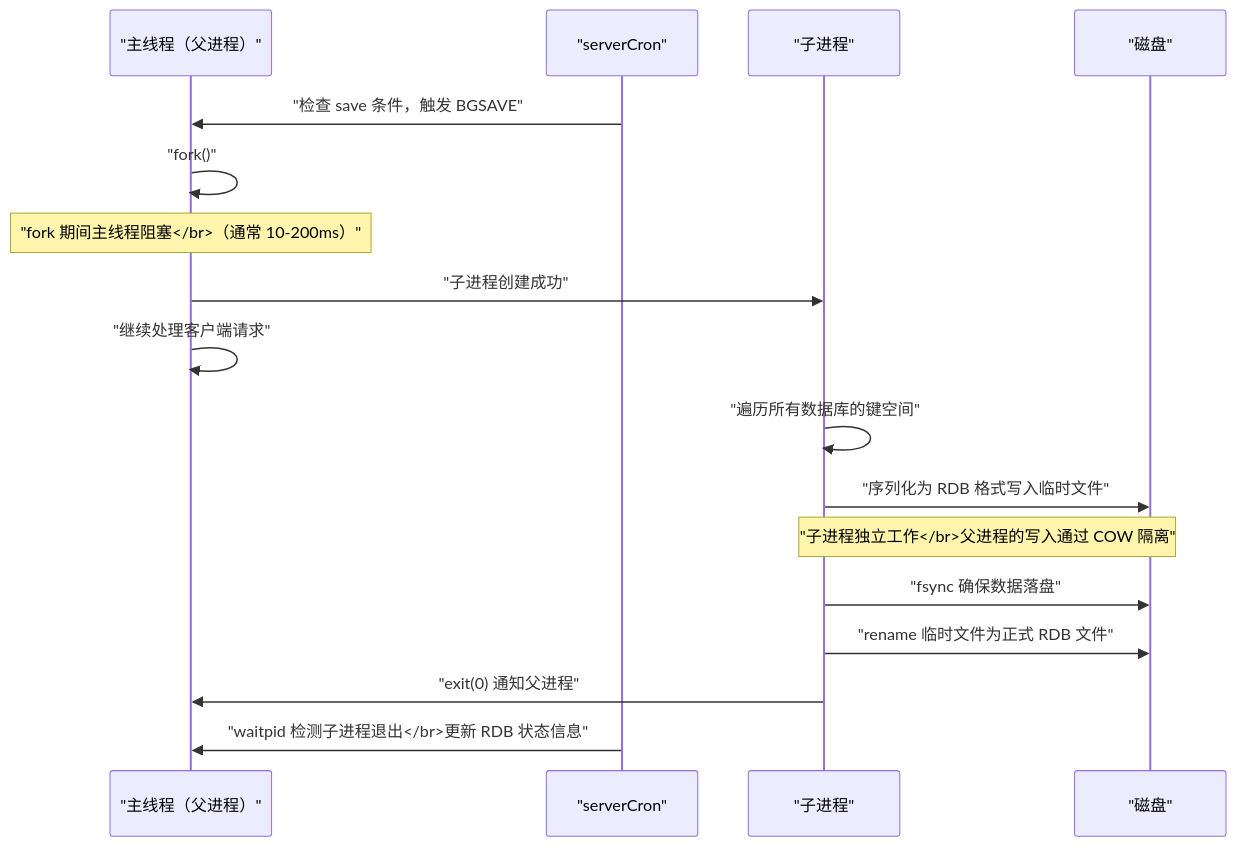
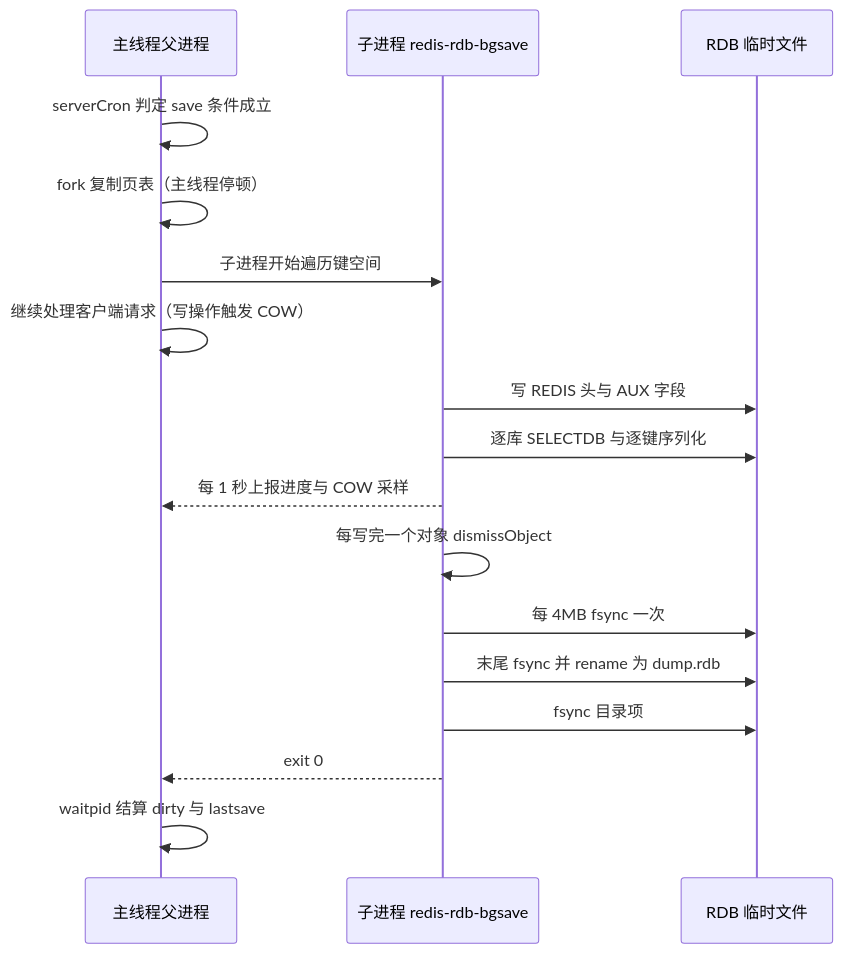
One commit to hpliStartAgain/my-brain changed the fourth of 5 diagrams in content/中间件/Redis/Redis设计与实现/07 RDB 持久化——快照的 fork 与 COW 机制.md. Above: the diagram before and after it, drawn with Mermaid. The commit also changed other lines of this file and 455 other files, not shown here.

````diff
--- a/content/中间件/Redis/Redis设计与实现/07 RDB 持久化——快照的 fork 与 COW 机制.md
+++ b/content/中间件/Redis/Redis设计与实现/07 RDB 持久化——快照的 fork 与 COW 机制.md
@@ -125,21 +373,21 @@
 ```mermaid
 %%{init: {'theme': 'dracula'}}%%
 sequenceDiagram
-    participant M as "主线程（父进程）"
-    participant S as "serverCron"
-    participant C as "子进程"
-    participant D as "磁盘"
+    participant M as 主线程父进程
+    participant C as 子进程 redis-rdb-bgsave
+    participant D as RDB 临时文件
 
-    S->>M: "检查 save 条件，触发 BGSAVE"
-    M->>M: "fork()"
-    Note over M: "fork 期间主线程阻塞</br>（通常 10-200ms）"
-    M->>C: "子进程创建成功"
-    M->>M: "继续处理客户端请求"
-    C->>C: "遍历所有数据库的键空间"
-    C->>D: "序列化为 RDB 格式写入临时文件"
-    Note over C,D: "子进程独立工作</br>父进程的写入通过 COW 隔离"
-    C->>D: "fsync 确保数据落盘"
-    C->>D: "rename 临时文件为正式 RDB 文件"
-    C->>M: "exit(0) 通知父进程"
-    S->>M: "waitpid 检测子进程退出</br>更新 RDB 状态信息"
+    M->>M: serverCron 判定 save 条件成立
+    M->>M: fork 复制页表（主线程停顿）
+    M->>C: 子进程开始遍历键空间
+    M->>M: 继续处理客户端请求（写操作触发 COW）
+    C->>D: 写 REDIS 头与 AUX 字段
+    C->>D: 逐库 SELECTDB 与逐键序列化
+    C-->>M: 每 1 秒上报进度与 COW 采样
+    C->>C: 每写完一个对象 dismissObject
+    C->>D: 每 4MB fsync 一次
+    C->>D: 末尾 fsync 并 rename 为 dump.rdb
+    C->>D: fsync 目录项
+    C-->>M: exit 0
+    M->>M: waitpid 结算 dirty 与 lastsave
 ```
````
